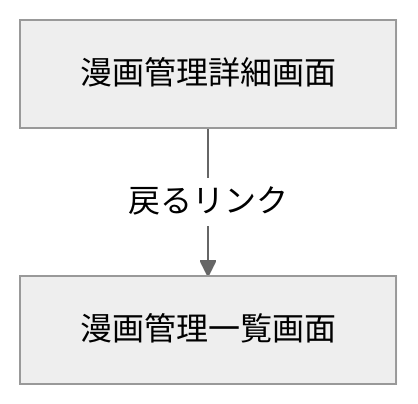
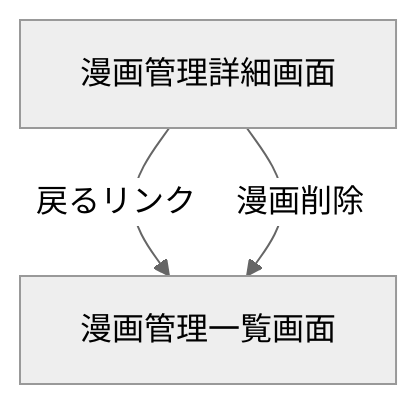
Before and after one commit to gumi-umauma/commic-viwer: the diagram in docs/spec/admin/comic-detail.md, drawn with Mermaid (neutral theme). The commit also changed other lines of this file and 13 other files, not shown here.

````diff
--- a/docs/spec/admin/comic-detail.md
+++ b/docs/spec/admin/comic-detail.md
@@ -43,4 +51,5 @@
 ```mermaid
 graph TD
   A[漫画管理詳細画面] -->|戻るリンク| B[漫画管理一覧画面]
+  A -->|漫画削除| B
 ```
````
